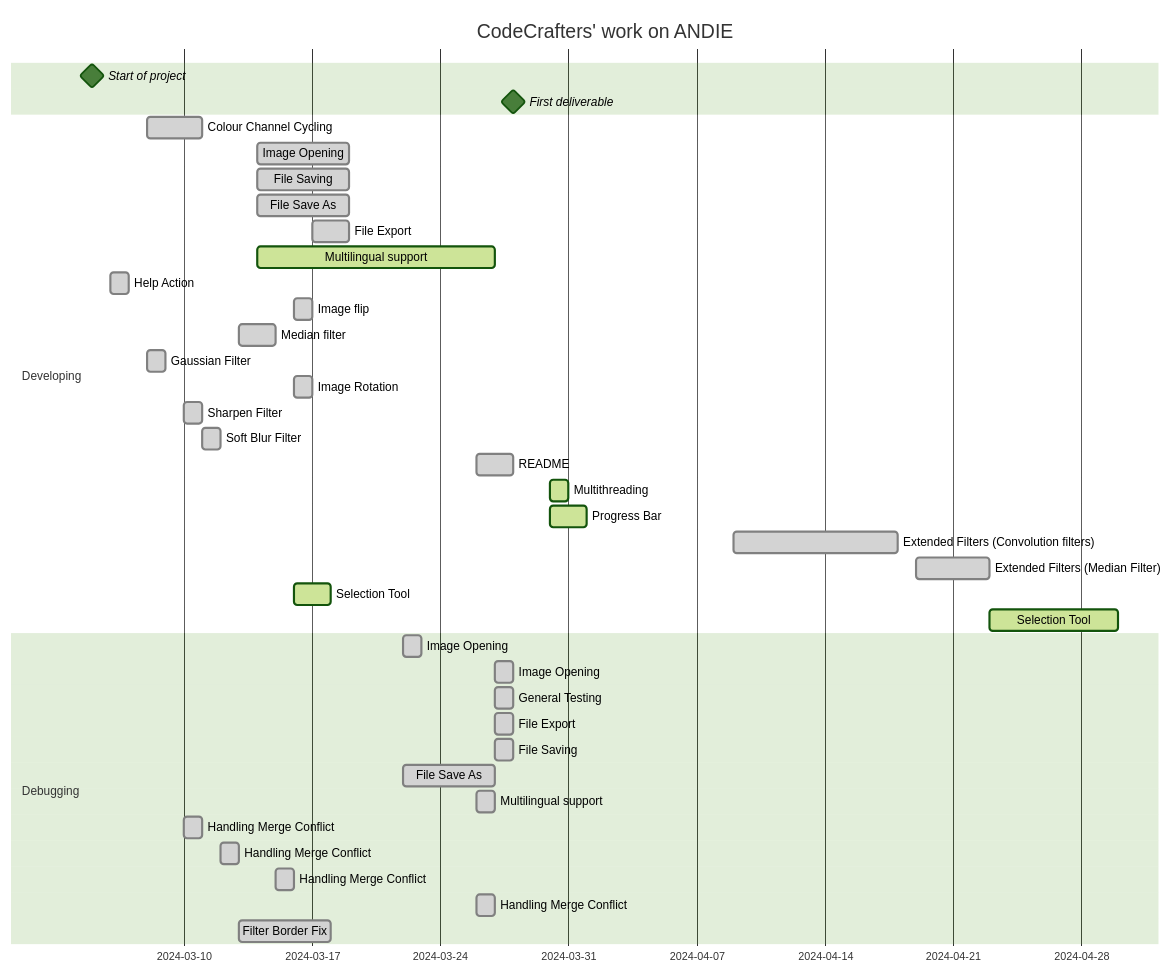
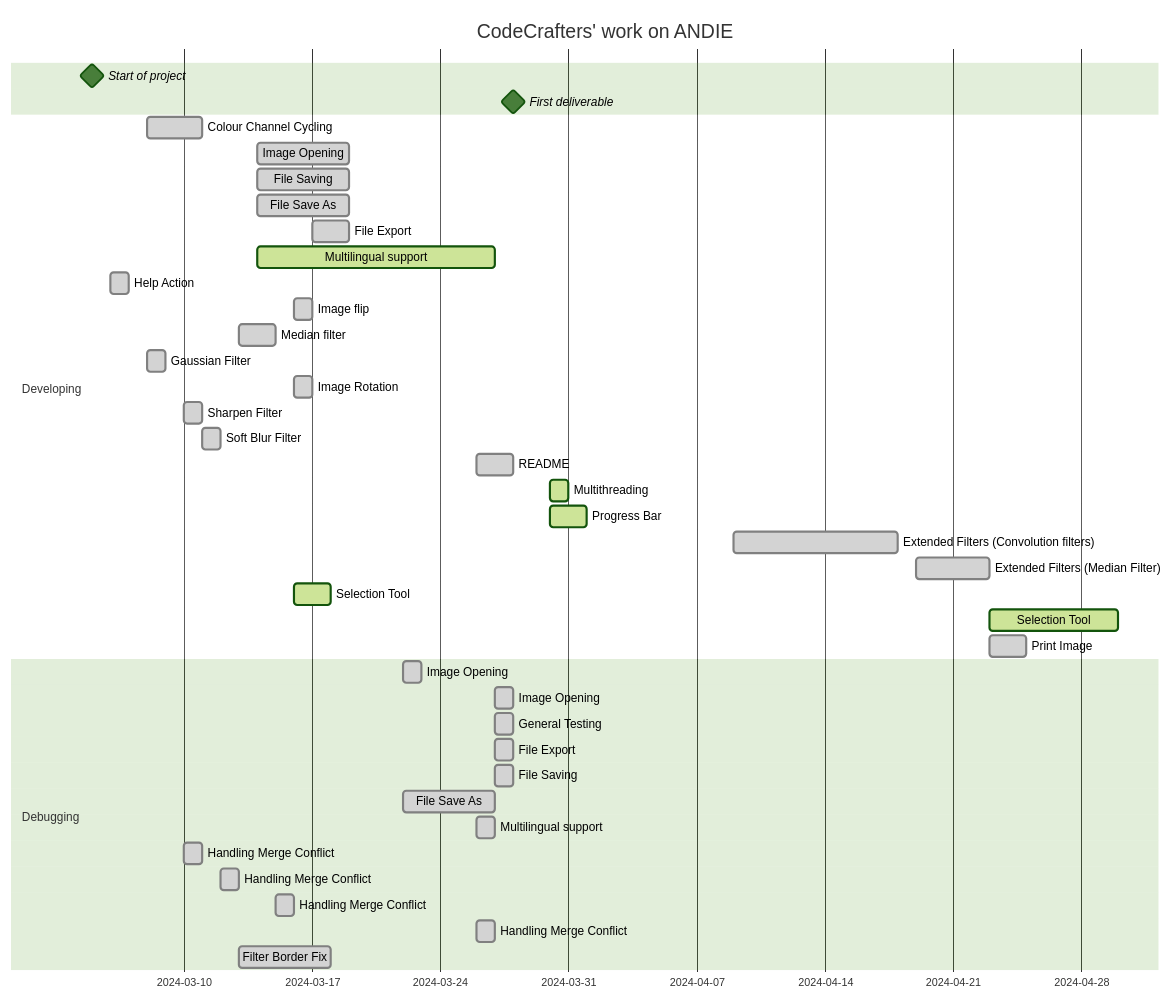
The diagram in README.md (greateden/ANDIE-CodeCrafters), drawn with Mermaid before and after one commit. The commit also changed other lines of this file, not shown here.

````diff
--- a/README.md
+++ b/README.md
@@ -132,52 +133,53 @@
 ```mermaid
 
 %% CodeCrafters' Gantt Chart for our work on ANDIE
 %%{init: {'theme':'forest'}}%%
         gantt
         title CodeCrafters' work on ANDIE
         dateFormat  DD-MM-YYYY
         Start of project: milestone, m1,05-03-2024, 
         First deliverable: milestone, m2, 28-03-2024,
 
         section Developing
             Colour Channel Cycling              :done, des1, 08-03-2024, 3d
             Image Opening                       :done,  des2, 14-03-2024, 19-03-2024
             File Saving                         :done,  des2, 14-03-2024, 19-03-2024
             File Save As                        :done,  des2, 14-03-2024, 19-03-2024
             File Export                         :done,  des2, 17-03-2024, 19-03-2024
             Multilingual support                :active, des2, 14-03-2024, 27-03-2024
             Help Action                         :done, des1, 06-03-2024, 07-03-2024
             Image flip                          :done, des1, 16-03-2024, 17-03-2024
             Median filter                       :done, des2, 13-03-2024, 15-03-2024
             Gaussian Filter               :done, 08-03-2024, 09-03-2024
             Image Rotation                :done, 16-03-2024, 17-03-2024
             Sharpen Filter                 :done, des2, 10-03-2024, 11-03-2024
             Soft Blur Filter               :done, des2, 11-03-2024, 12-03-2024
             README                         :done, des2, 26-03-2024, 28-03-2024
             Multithreading                :active, des2, 30-03-2024, 31-03-2024
             Progress Bar                   :active, des2, 30-03-2024, 01-04-2024
             Extended Filters (Convolution filters) :done, des2, 09-04-2024, 18-04-2024 
             Extended Filters (Median Filter) :done, des2, 19-04-2024, 23-04-2024
             Selection Tool                 :active, des2, 16-03-2024, 18-03-2024
             Selection Tool                 :active, des2, 23-04-2024, 30-04-2024
+            Print Image                    :done, des2, 23-04-2024, 25-04-2024
 
 
 
 
         section Debugging
             Image Opening                      :done , 22-03-2024, 23-03-2024
             Image Opening                      :done , 27-03-2024, 28-03-2024
             General Testing                    :done, 27-03-2024, 28-03-2024
             File Export                         :done, 27-03-2024, 28-03-2024
             File Saving                         :done, 27-03-2024, 28-03-2024
             File Save As                        :done, 22-03-2024, 27-03-2024
             Multilingual support                :done, 26-03-2024, 27-03-2024
             Handling Merge Conflict             :done, 10-03-2024, 11-03-2024
             Handling Merge Conflict             :done, 12-03-2024, 13-03-2024
             Handling Merge Conflict             :done, 15-03-2024, 16-03-2024
             Handling Merge Conflict             :done, 26-03-2024, 27-03-2024
             Filter Border Fix                   :done, 13-03-2024, 18-03-2024
 
 
 
 ```
````
